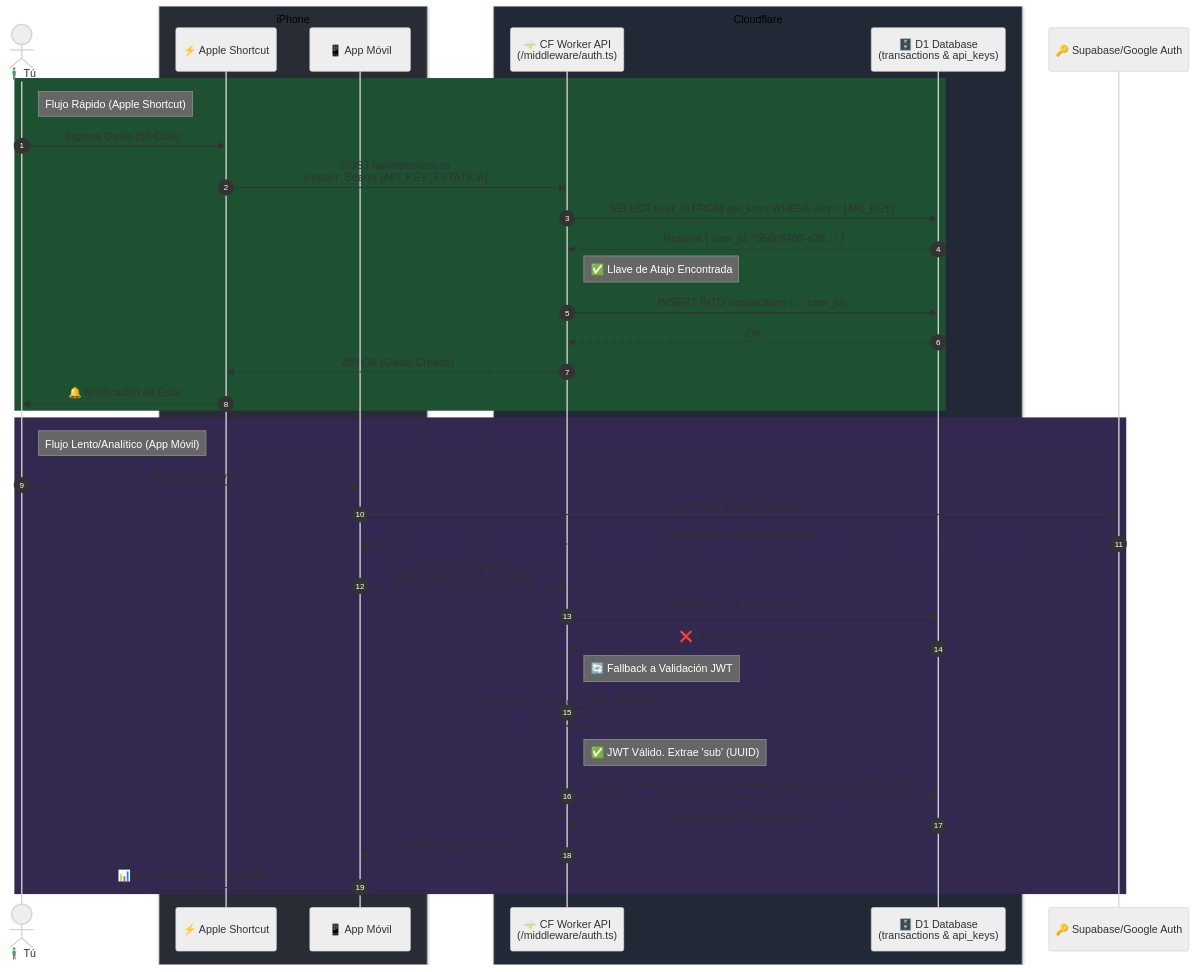
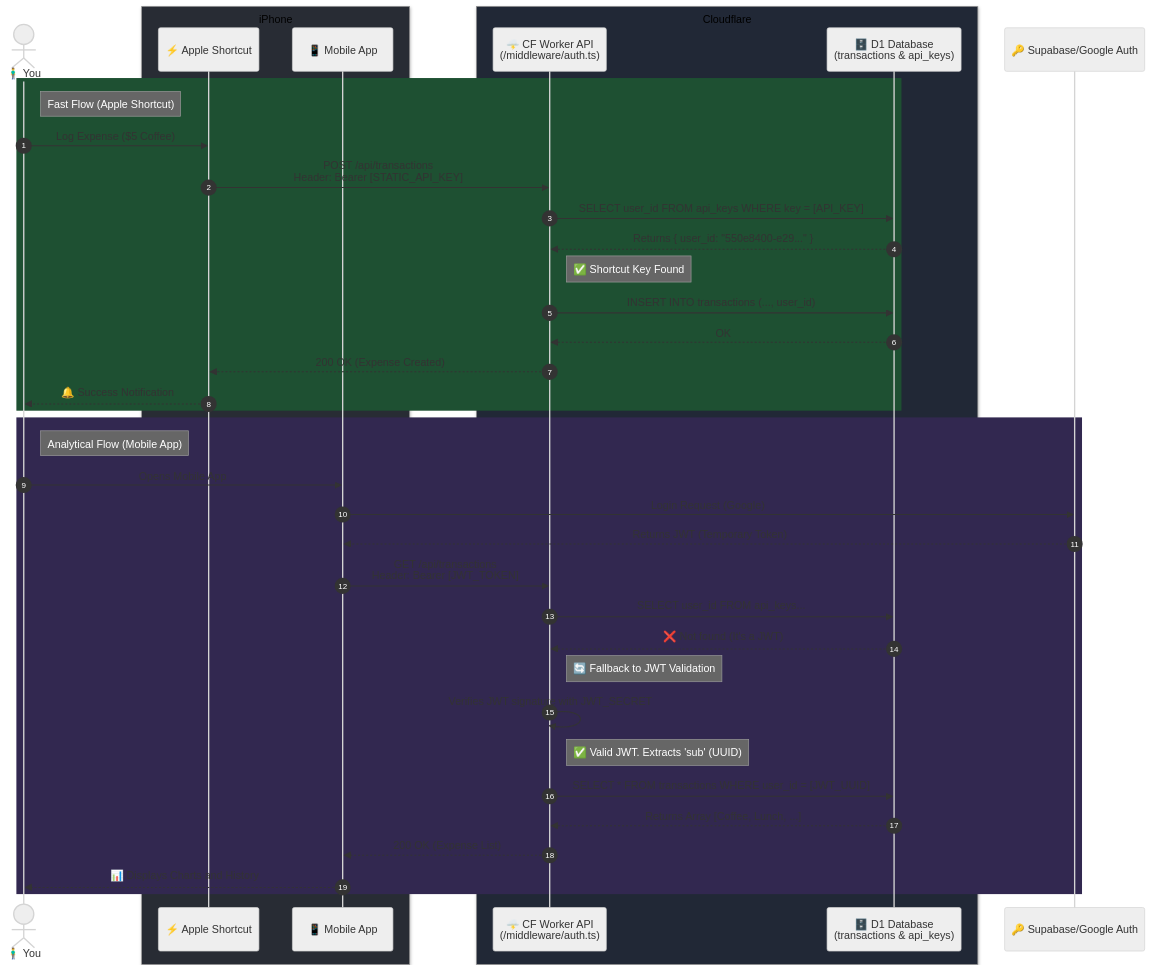
The diagram in README.md (SebasUrbina/serverless-expense-api), drawn with Mermaid (neutral theme) before and after one commit. The commit also changed other lines of this file, not shown here.

Commit message:
📝 docs: update README to enhance project description, architecture overview, and deployment instructions

````diff
--- a/README.md
+++ b/README.md
@@ -86,49 +97,49 @@
 ```mermaid
 sequenceDiagram
     autonumber
-    actor User as 🧍‍♂️ Tú
+    actor User as 🧍‍♂️ You
     box rgb(40, 44, 52) iPhone
     participant Shortcut as ⚡️ Apple Shortcut
-    participant App as 📱 App Móvil
+    participant App as 📱 Mobile App
     end
     box rgb(33, 40, 54) Cloudflare
     participant Worker as 🌩️ CF Worker API <br> (/middleware/auth.ts)
     participant D1 as 🗄️ D1 Database <br> (transactions & api_keys)
     end
     participant AuthEngine as 🔑 Supabase/Google Auth
 
-    %% FLUJO DEL ATAJO
+    %% SHORTCUT FLOW
     rect rgb(30, 80, 50)
-    note right of User: Flujo Rápido (Apple Shortcut)
-    User->>Shortcut: Ingresa Gasto ($5 Café)
-    Shortcut->>Worker: POST /api/transactions <br> Header: Bearer [API_KEY_ESTATICA]
+    note right of User: Fast Flow (Apple Shortcut)
+    User->>Shortcut: Log Expense ($5 Coffee)
+    Shortcut->>Worker: POST /api/transactions <br> Header: Bearer [STATIC_API_KEY]
     Worker->>D1: SELECT user_id FROM api_keys WHERE key = [API_KEY]
-    D1-->>Worker: Retorna { user_id: "550e8400-e29..." }
-    note right of Worker: ✅ Llave de Atajo Encontrada
+    D1-->>Worker: Returns { user_id: "550e8400-e29..." }
+    note right of Worker: ✅ Shortcut Key Found
     Worker->>D1: INSERT INTO transactions (..., user_id)
     D1-->>Worker: OK
-    Worker-->>Shortcut: 200 OK (Gasto Creado)
-    Shortcut-->>User: 🔔 Notificación de Éxito
+    Worker-->>Shortcut: 200 OK (Expense Created)
+    Shortcut-->>User: 🔔 Success Notification
     end
 
-    %% FLUJO DE LA APP MOVIL
+    %% MOBILE APP FLOW
     rect rgb(50, 40, 80)
-    note right of User: Flujo Lento/Analítico (App Móvil)
-    User->>App: Abre la App Móvil
-    App->>AuthEngine: Pide Iniciar Sesión (Google)
-    AuthEngine-->>App: Retorna JWT (Token temporal)
-    
+    note right of User: Analytical Flow (Mobile App)
+    User->>App: Opens Mobile App
+    App->>AuthEngine: Login Request (Google)
+    AuthEngine-->>App: Returns JWT (Temporary Token)
+
     App->>Worker: GET /api/transactions <br> Header: Bearer [JWT_TOKEN]
     Worker->>D1: SELECT user_id FROM api_keys...
-    D1-->>Worker: ❌ No encontrada (Es un JWT)
-    
-    note right of Worker: 🔄 Fallback a Validación JWT
-    Worker->>Worker: Verifica firma JWT con JWT_SECRET
-    note right of Worker: ✅ JWT Válido. Extrae 'sub' (UUID)
-    
-    Worker->>D1: SELECT * FROM transactions WHERE user_id = [UUID_DEL_JWT]
-    D1-->>Worker: Retorna Array [Café, Almuerzo, ...]
-    Worker-->>App: 200 OK (Lista de Gastos)
-    App-->>User: 📊 Muestra Gráficos e Historial
+    D1-->>Worker: ❌ Not found (It's a JWT)
+
+    note right of Worker: 🔄 Fallback to JWT Validation
+    Worker->>Worker: Verifies JWT signature with JWT_SECRET
+    note right of Worker: ✅ Valid JWT. Extracts 'sub' (UUID)
+
+    Worker->>D1: SELECT * FROM transactions WHERE user_id = [JWT_UUID]
+    D1-->>Worker: Returns Array [Coffee, Lunch, ...]
+    Worker-->>App: 200 OK (Expense List)
+    App-->>User: 📊 Displays Charts and History
     end
 ```
````
